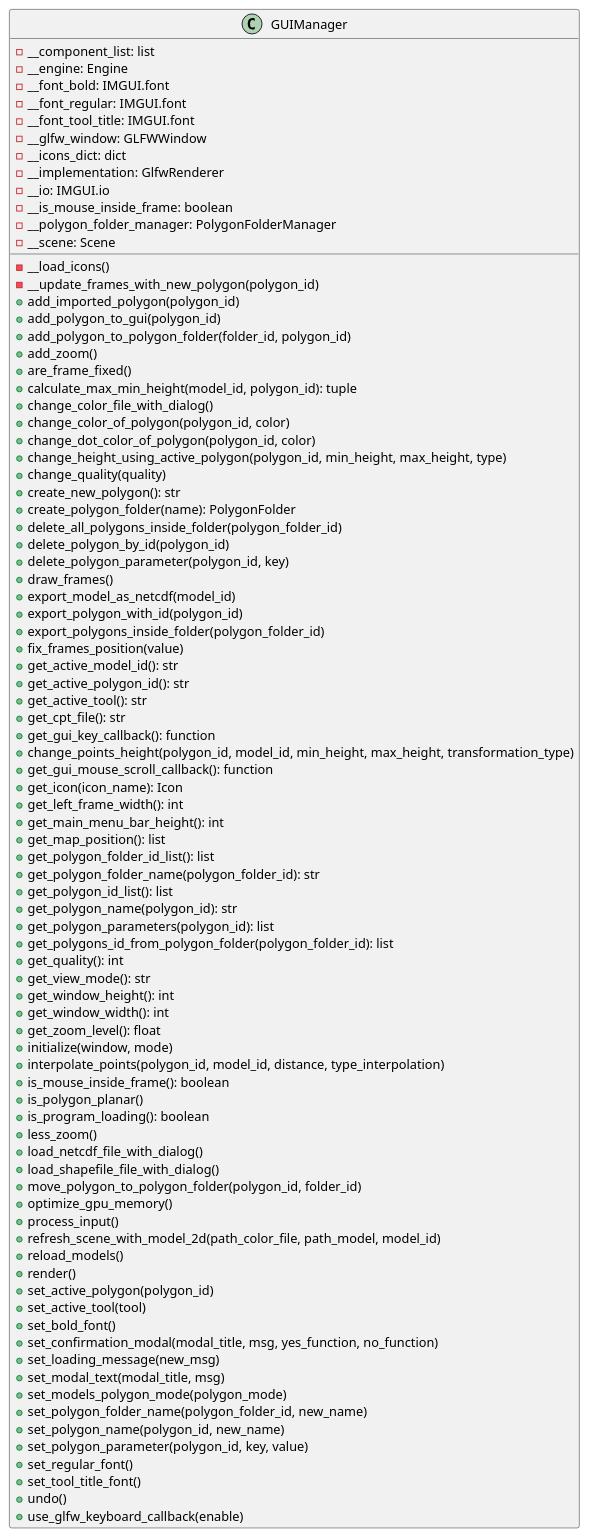
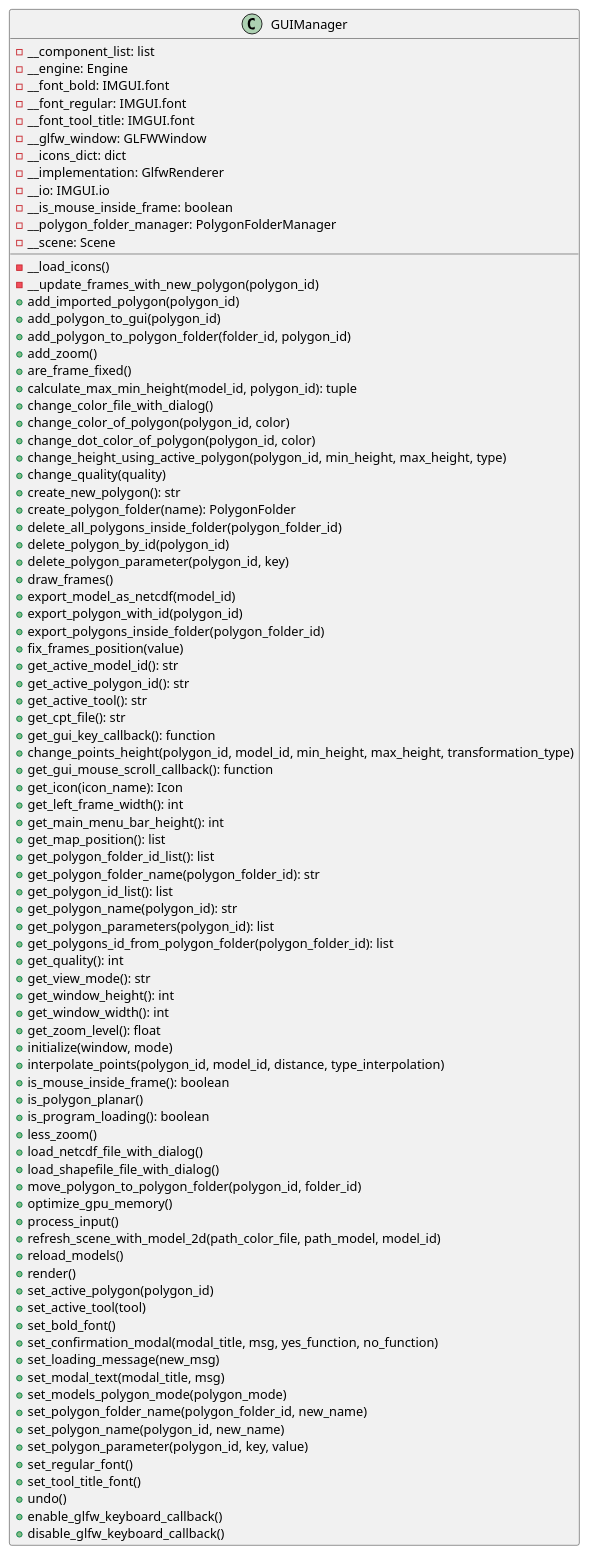
The diagram in docs/classes/GUIManager.puml (ferpoble2/Relief_Creator), drawn with PlantUML before and after one commit. The commit also changed 4 other files, not shown here.

Commit message:
Changed functions to enable and disable

```diff
--- a/docs/classes/GUIManager.puml
+++ b/docs/classes/GUIManager.puml
@@ -1,91 +1,92 @@
 @startuml
 'https://plantuml.com/class-diagram
 class GUIManager{
     - __component_list: list
     - __engine: Engine
     - __font_bold: IMGUI.font
     - __font_regular: IMGUI.font
     - __font_tool_title: IMGUI.font
     - __glfw_window: GLFWWindow
     - __icons_dict: dict
     - __implementation: GlfwRenderer
     - __io: IMGUI.io
     - __is_mouse_inside_frame: boolean
     - __polygon_folder_manager: PolygonFolderManager
     - __scene: Scene
 
     - __load_icons()
     - __update_frames_with_new_polygon(polygon_id)
     + add_imported_polygon(polygon_id)
     + add_polygon_to_gui(polygon_id)
     + add_polygon_to_polygon_folder(folder_id, polygon_id)
     + add_zoom()
     + are_frame_fixed()
     + calculate_max_min_height(model_id, polygon_id): tuple
     + change_color_file_with_dialog()
     + change_color_of_polygon(polygon_id, color)
     + change_dot_color_of_polygon(polygon_id, color)
     + change_height_using_active_polygon(polygon_id, min_height, max_height, type)
     + change_quality(quality)
     + create_new_polygon(): str
     + create_polygon_folder(name): PolygonFolder
     + delete_all_polygons_inside_folder(polygon_folder_id)
     + delete_polygon_by_id(polygon_id)
     + delete_polygon_parameter(polygon_id, key)
     + draw_frames()
     + export_model_as_netcdf(model_id)
     + export_polygon_with_id(polygon_id)
     + export_polygons_inside_folder(polygon_folder_id)
     + fix_frames_position(value)
     + get_active_model_id(): str
     + get_active_polygon_id(): str
     + get_active_tool(): str
     + get_cpt_file(): str
     + get_gui_key_callback(): function
     + change_points_height(polygon_id, model_id, min_height, max_height, transformation_type)
     + get_gui_mouse_scroll_callback(): function
     + get_icon(icon_name): Icon
     + get_left_frame_width(): int
     + get_main_menu_bar_height(): int
     + get_map_position(): list
     + get_polygon_folder_id_list(): list
     + get_polygon_folder_name(polygon_folder_id): str
     + get_polygon_id_list(): list
     + get_polygon_name(polygon_id): str
     + get_polygon_parameters(polygon_id): list
     + get_polygons_id_from_polygon_folder(polygon_folder_id): list
     + get_quality(): int
     + get_view_mode(): str
     + get_window_height(): int
     + get_window_width(): int
     + get_zoom_level(): float
     + initialize(window, mode)
     + interpolate_points(polygon_id, model_id, distance, type_interpolation)
     + is_mouse_inside_frame(): boolean
     + is_polygon_planar()
     + is_program_loading(): boolean
     + less_zoom()
     + load_netcdf_file_with_dialog()
     + load_shapefile_file_with_dialog()
     + move_polygon_to_polygon_folder(polygon_id, folder_id)
     + optimize_gpu_memory()
     + process_input()
     + refresh_scene_with_model_2d(path_color_file, path_model, model_id)
     + reload_models()
     + render()
     + set_active_polygon(polygon_id)
     + set_active_tool(tool)
     + set_bold_font()
     + set_confirmation_modal(modal_title, msg, yes_function, no_function)
     + set_loading_message(new_msg)
     + set_modal_text(modal_title, msg)
     + set_models_polygon_mode(polygon_mode)
     + set_polygon_folder_name(polygon_folder_id, new_name)
     + set_polygon_name(polygon_id, new_name)
     + set_polygon_parameter(polygon_id, key, value)
     + set_regular_font()
     + set_tool_title_font()
     + undo()
-    + use_glfw_keyboard_callback(enable)
+    + enable_glfw_keyboard_callback()
+    + disable_glfw_keyboard_callback()
 }
 @enduml
```
